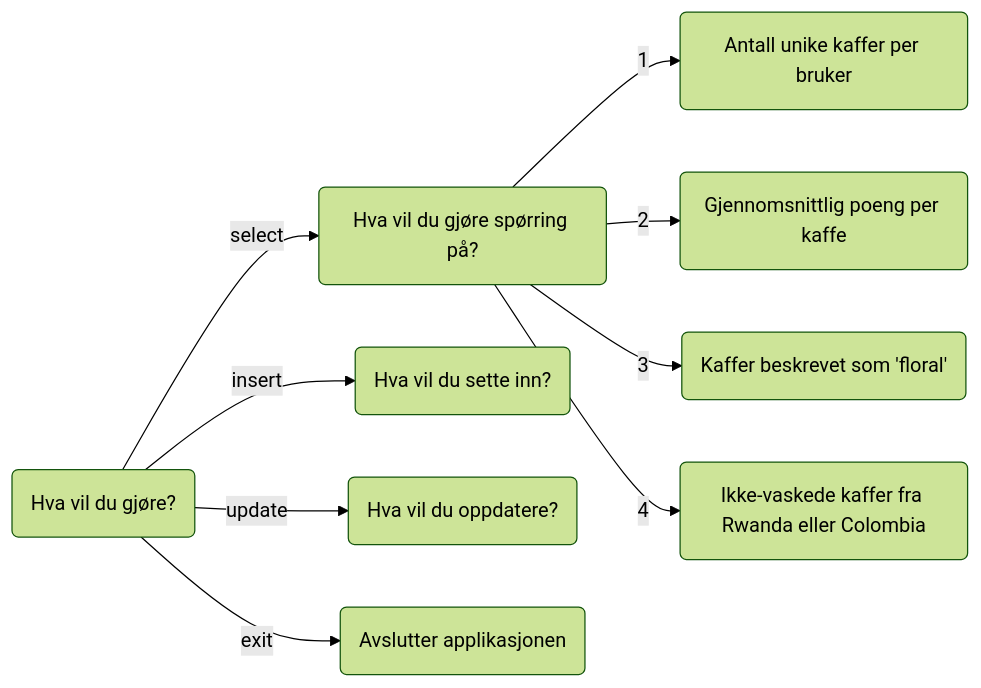
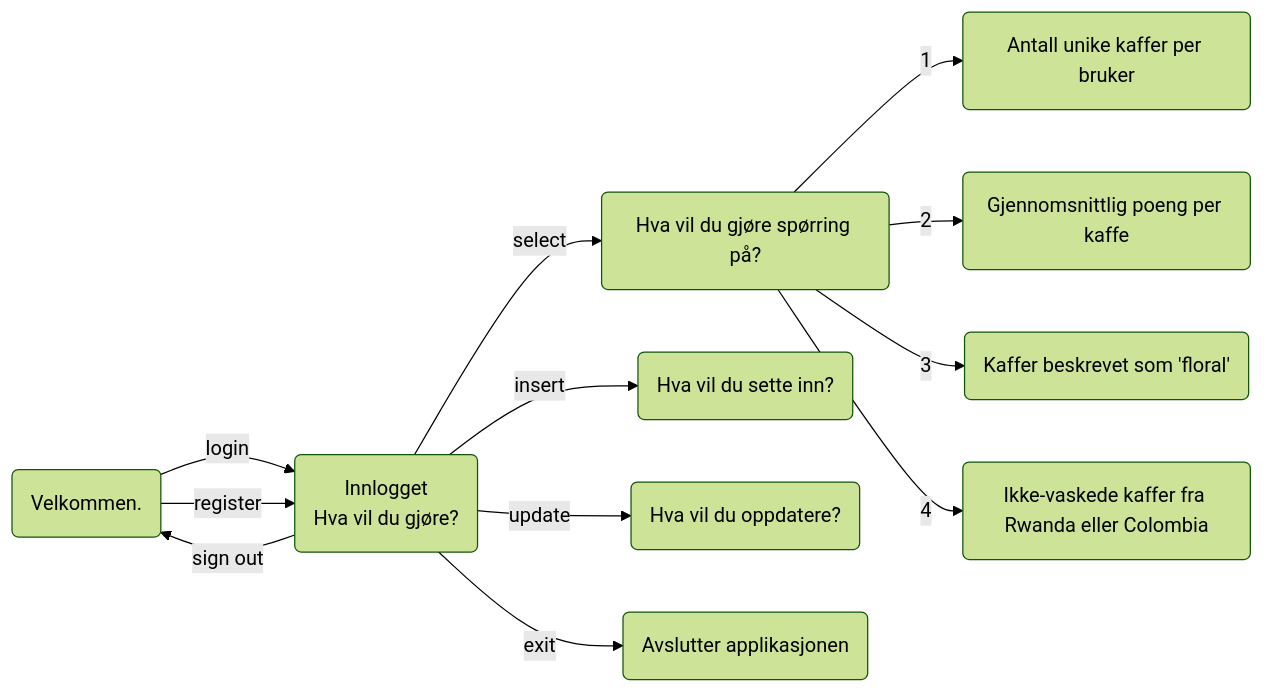
The diagram in db2/README.md (magnetenstad/TDT4145-project), drawn with Mermaid (forest theme) before and after one commit. The commit also changed 2 other files, not shown here.

Commit message:
registrering og login

````diff
--- a/db2/README.md
+++ b/db2/README.md
@@ -28,24 +28,30 @@
 ```mermaid
 flowchart LR
-  main(Hva vil du gjøre?)
+  main(Velkommen.)
+
+  logged_in(Innlogget \n Hva vil du gjøre?)
   
   select(Hva vil du gjøre spørring på?)
   insert(Hva vil du sette inn?)
   update(Hva vil du oppdatere?)
   exit(Avslutter applikasjonen)
 
   select_1(Antall unike kaffer per bruker)
   select_2(Gjennomsnittlig poeng per kaffe)
   select_3(Kaffer beskrevet som 'floral')
   select_4(Ikke-vaskede kaffer fra Rwanda eller Colombia)
 
-  main -->|insert| insert
-  main -->|select| select
-  main -->|update| update
-  main -->|exit| exit
+  main -->|login| logged_in
+  main -->|register| logged_in
+
+  logged_in -->|insert| insert
+  logged_in -->|select| select
+  logged_in -->|update| update
+  logged_in -->|exit| exit
+  logged_in -->|sign out| main
 
   select -->|1| select_1
   select -->|2| select_2
   select -->|3| select_3
   select -->|4| select_4
 ```
````
